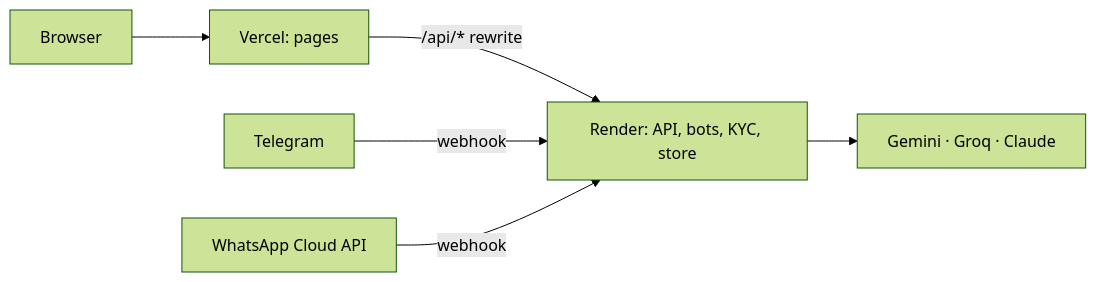
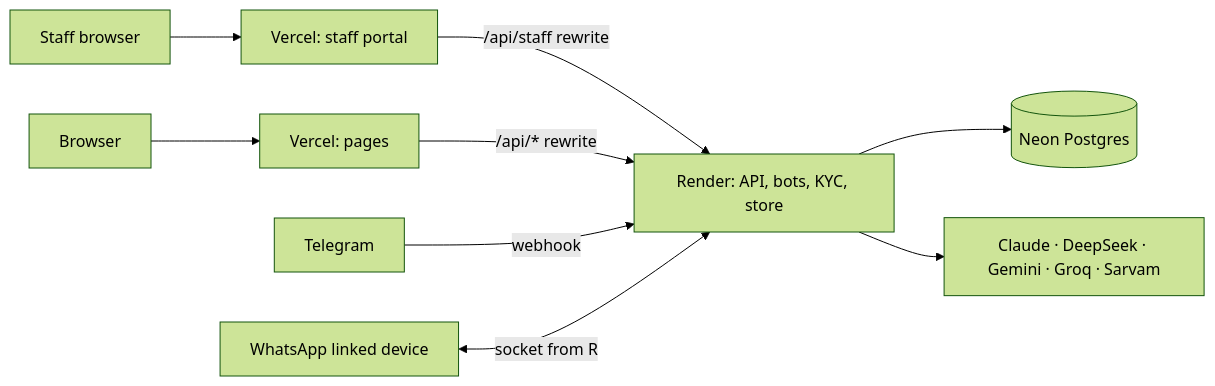
The second of 2 diagrams in docs/architecture.md (perrysolid/AIRTEL-SYNC), drawn with Mermaid (forest theme) before and after one commit. The commit also changed other lines of this file and 19 other files, not shown here.

````diff
--- a/docs/architecture.md
+++ b/docs/architecture.md
@@ -93,8 +97,11 @@
 ```mermaid
 flowchart LR
   B[Browser] --> V[Vercel: pages]
+  ST[Staff browser] --> SV[Vercel: staff portal]
+  SV -- /api/staff rewrite --> R
   V -- /api/* rewrite --> R[Render: API, bots, KYC, store]
   TG[Telegram] -- webhook --> R
-  WA[WhatsApp Cloud API] -- webhook --> R
-  R --> AI[Gemini · Groq · Claude]
+  WA[WhatsApp linked device] <-- socket from R --> R
+  R --> DB[(Neon Postgres)]
+  R --> AI[Claude · DeepSeek · Gemini · Groq · Sarvam]
 ```
````
